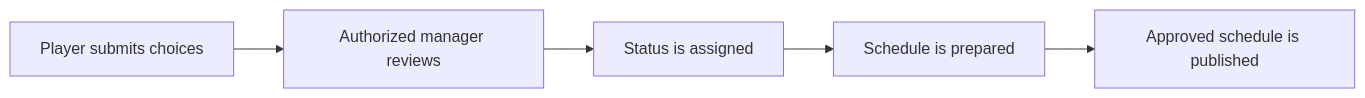
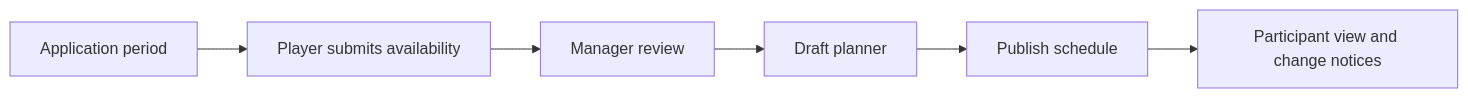
The diagram in docs/kingshot-events/castle-positions/index.md (cristianrusu777/Kingshot-Events-Tracker-DOCS), drawn with Mermaid before and after one commit. The commit also changed other lines of this file and 52 other files, not shown here.

````diff
--- a/docs/kingshot-events/castle-positions/index.md
+++ b/docs/kingshot-events/castle-positions/index.md
@@ -19,9 +15,8 @@
 ```mermaid
 flowchart LR
-  A["Player submits choices"]
-  B["Authorized manager reviews"]
-  C["Status is assigned"]
-  D["Schedule is prepared"]
-  E["Approved schedule is published"]
-  A --> B --> C --> D --> E
+  A["Application period"] --> B["Player submits availability"]
+  B --> C["Manager review"]
+  C --> D["Draft planner"]
+  D --> E["Publish schedule"]
+  E --> F["Participant view and change notices"]
 ```
````
